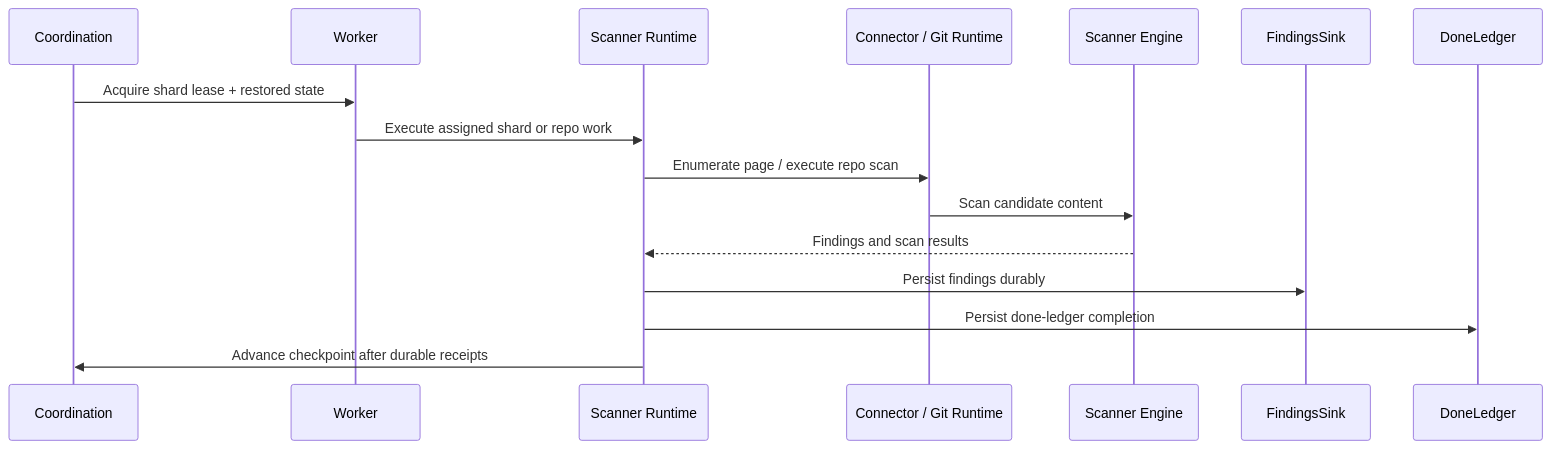
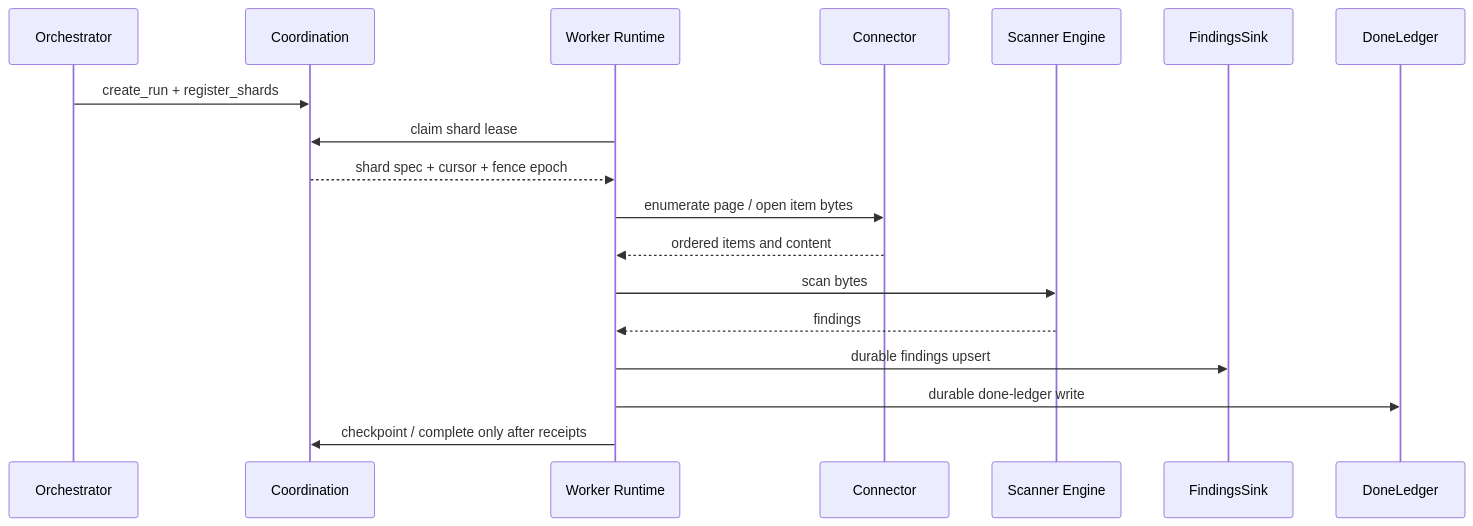
Before and after one commit to ahrav/gossip-rs-learning-guide: the third of 3 diagrams in 00-prologue/03-architecture-at-a-glance.md, drawn with Mermaid. The commit also changed other lines of this file and 2 other files, not shown here.

````diff
--- a/00-prologue/03-architecture-at-a-glance.md
+++ b/00-prologue/03-architecture-at-a-glance.md
@@ -262,19 +225,21 @@
 ```mermaid
 sequenceDiagram
+    participant OR as Orchestrator
     participant CO as Coordination
-    participant WK as Worker
-    participant RT as Scanner Runtime
-    participant CN as Connector / Git Runtime
-    participant SE as Scanner Engine
-    participant FS as FindingsSink
+    participant WR as Worker Runtime
+    participant CN as Connector
+    participant EN as Scanner Engine
+    participant FI as FindingsSink
     participant DL as DoneLedger
 
-    CO->>WK: Acquire shard lease + restored state
-    WK->>RT: Execute assigned shard or repo work
-    RT->>CN: Enumerate page / execute repo scan
-    CN->>SE: Scan candidate content
-    SE-->>RT: Findings and scan results
-    RT->>FS: Persist findings durably
-    RT->>DL: Persist done-ledger completion
-    RT->>CO: Advance checkpoint after durable receipts
+    OR->>CO: create_run + register_shards
+    WR->>CO: claim shard lease
+    CO-->>WR: shard spec + cursor + fence epoch
+    WR->>CN: enumerate page / open item bytes
+    CN-->>WR: ordered items and content
+    WR->>EN: scan bytes
+    EN-->>WR: findings
+    WR->>FI: durable findings upsert
+    WR->>DL: durable done-ledger write
+    WR->>CO: checkpoint / complete only after receipts
 ```
````
